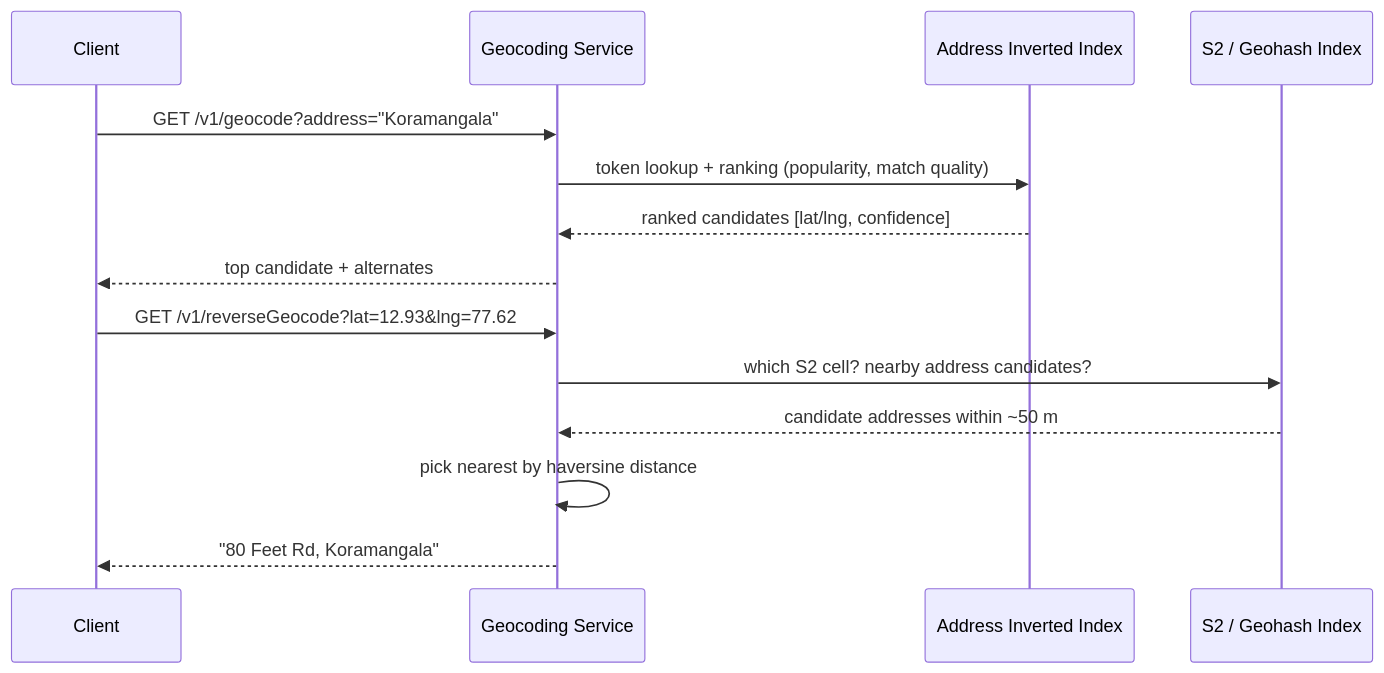
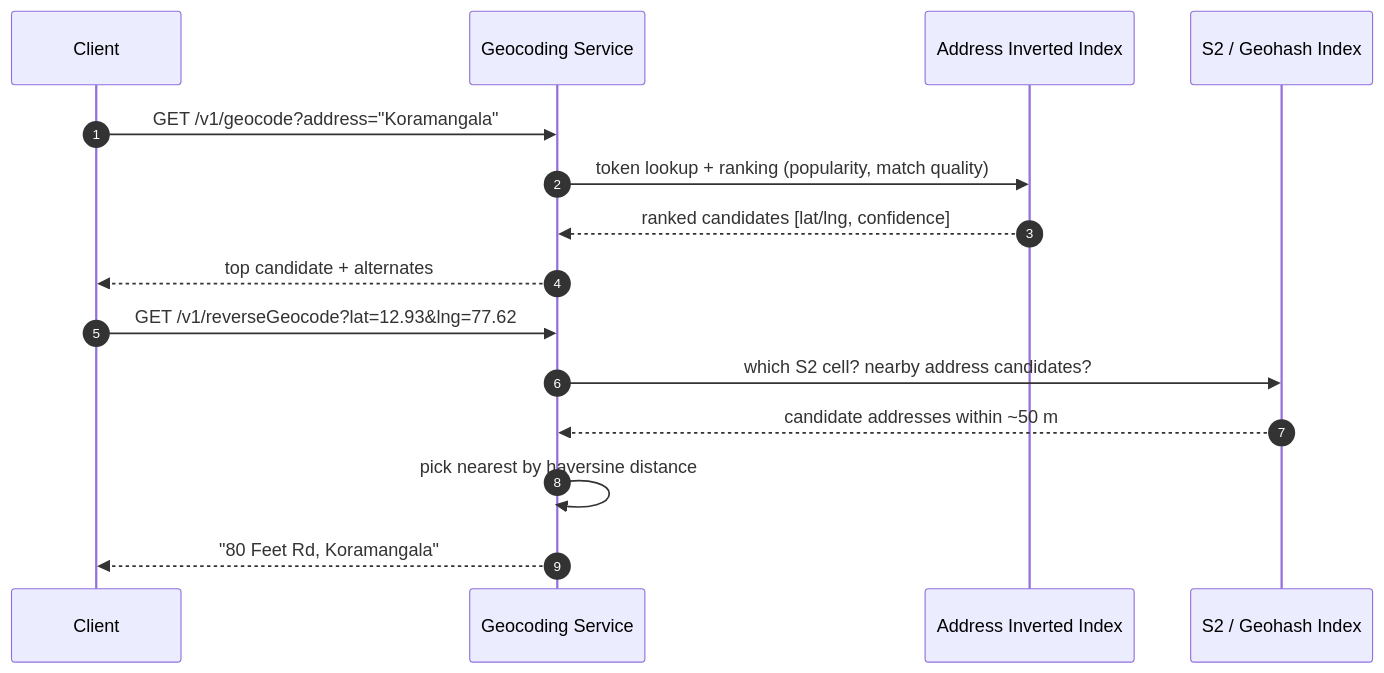
One commit to riyaz-pasha/Learnings changed the tenth of 27 diagrams in system-design/HLD/0-course/28-Design Google Maps-FAANG-Guide.md. Above: the diagram before and after it, drawn with Mermaid. The commit also changed other lines of this file and 1 other file, not shown here.

````diff
--- a/system-design/HLD/0-course/28-Design Google Maps-FAANG-Guide.md
+++ b/system-design/HLD/0-course/28-Design Google Maps-FAANG-Guide.md
@@ -439,18 +548,19 @@
 ```mermaid
 sequenceDiagram
+    autonumber
     participant Client
     participant GeoAPI as Geocoding Service
     participant TextIdx as Address Inverted Index
     participant SpatialIdx as S2 / Geohash Index
 
     Client->>GeoAPI: GET /v1/geocode?address="Koramangala"
     GeoAPI->>TextIdx: token lookup + ranking (popularity, match quality)
     TextIdx-->>GeoAPI: ranked candidates [lat/lng, confidence]
     GeoAPI-->>Client: top candidate + alternates
 
     Client->>GeoAPI: GET /v1/reverseGeocode?lat=12.93&lng=77.62
     GeoAPI->>SpatialIdx: which S2 cell? nearby address candidates?
     SpatialIdx-->>GeoAPI: candidate addresses within ~50 m
     GeoAPI->>GeoAPI: pick nearest by haversine distance
     GeoAPI-->>Client: "80 Feet Rd, Koramangala"
 ```
````
